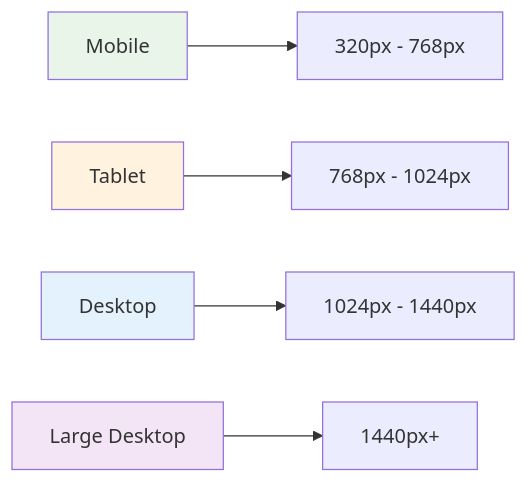
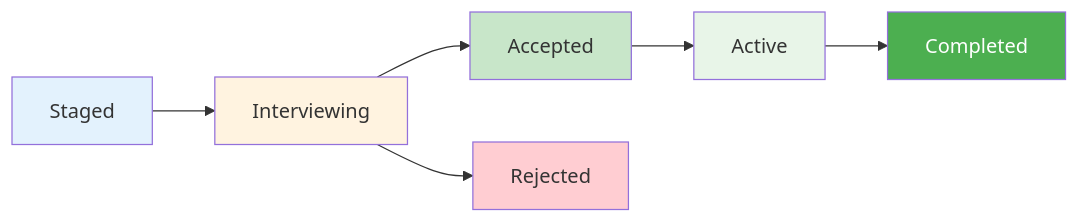
Before and after one commit to counttalita/benchwarmers: the fourth of 8 diagrams in docs/user-experience-guide.md, drawn with Mermaid. The commit also changed other lines of this file and 8 other files, not shown here.

First line of the commit message:
fix: update documentation to reflect correct talent marketplace flow

````diff
--- a/docs/user-experience-guide.md
+++ b/docs/user-experience-guide.md
@@ -169,12 +139,15 @@
 ```mermaid
 graph LR
-    A[Mobile] --> B[320px - 768px]
-    C[Tablet] --> D[768px - 1024px]
-    E[Desktop] --> F[1024px - 1440px]
-    G[Large Desktop] --> H[1440px+]
+    A[Staged] --> B[Interviewing]
+    B --> C[Accepted]
+    B --> D[Rejected]
+    C --> E[Active]
+    E --> F[Completed]
     
-    style A fill:#e8f5e8
-    style C fill:#fff3e0
-    style E fill:#e3f2fd
-    style G fill:#f3e5f5
+    style A fill:#e3f2fd
+    style B fill:#fff3e0
+    style C fill:#c8e6c9
+    style D fill:#ffcdd2
+    style E fill:#e8f5e8
+    style F fill:#4caf50,color:#fff
 ```
````
